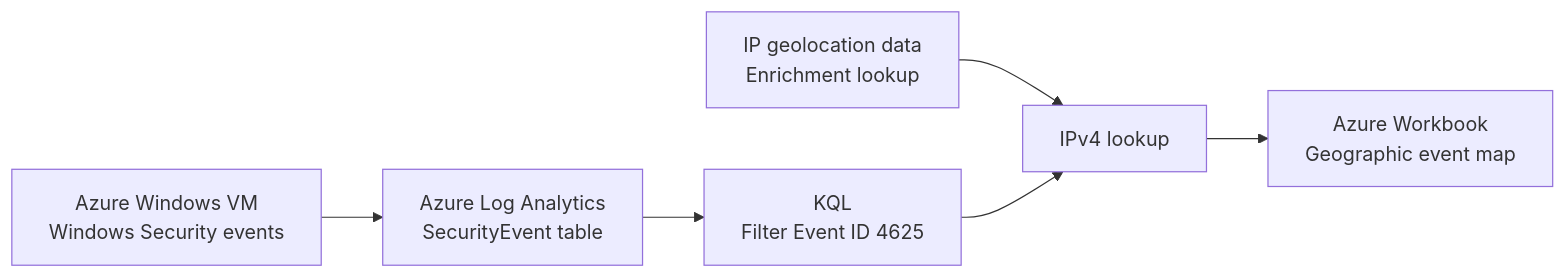
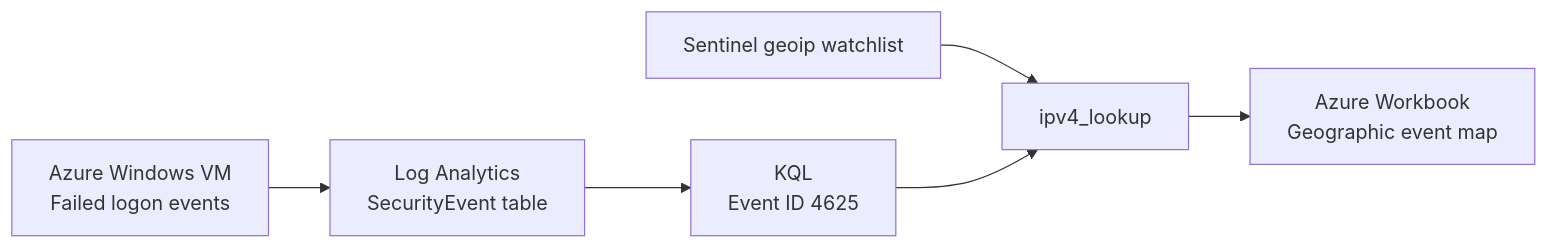
One commit to nav1ncyber/azure-sentinel-threat-map changed the diagram in README.md. Above: the diagram before and after it, drawn with Mermaid. The commit also changed other lines of this file, not shown here.

Commit message:
Publish verified Azure workbook queries and Windows event findings

````diff
--- a/README.md
+++ b/README.md
@@ -31,8 +32,8 @@
-```mermaid
+~~~mermaid
 flowchart LR
-    VM["Azure Windows VM<br/>Windows Security events"] --> LA["Azure Log Analytics<br/>SecurityEvent table"]
-    LA --> KQL["KQL<br/>Filter Event ID 4625"]
-    GEO["IP geolocation data<br/>Enrichment lookup"] --> LOOKUP["IPv4 lookup"]
+    VM["Azure Windows VM<br/>Failed logon events"] --> LA["Log Analytics<br/>SecurityEvent table"]
+    LA --> KQL["KQL<br/>Event ID 4625"]
+    GEO["Sentinel geoip watchlist"] --> LOOKUP["ipv4_lookup"]
     KQL --> LOOKUP
     LOOKUP --> MAP["Azure Workbook<br/>Geographic event map"]
-```
+~~~
````
